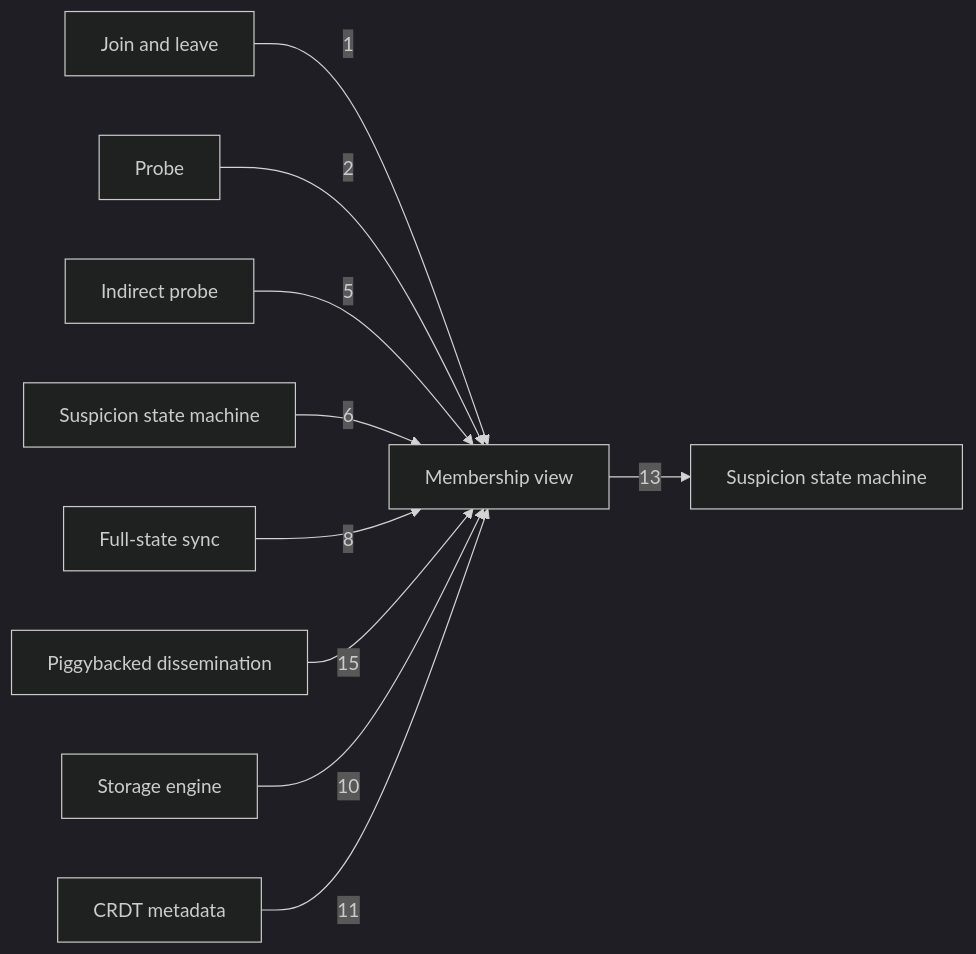
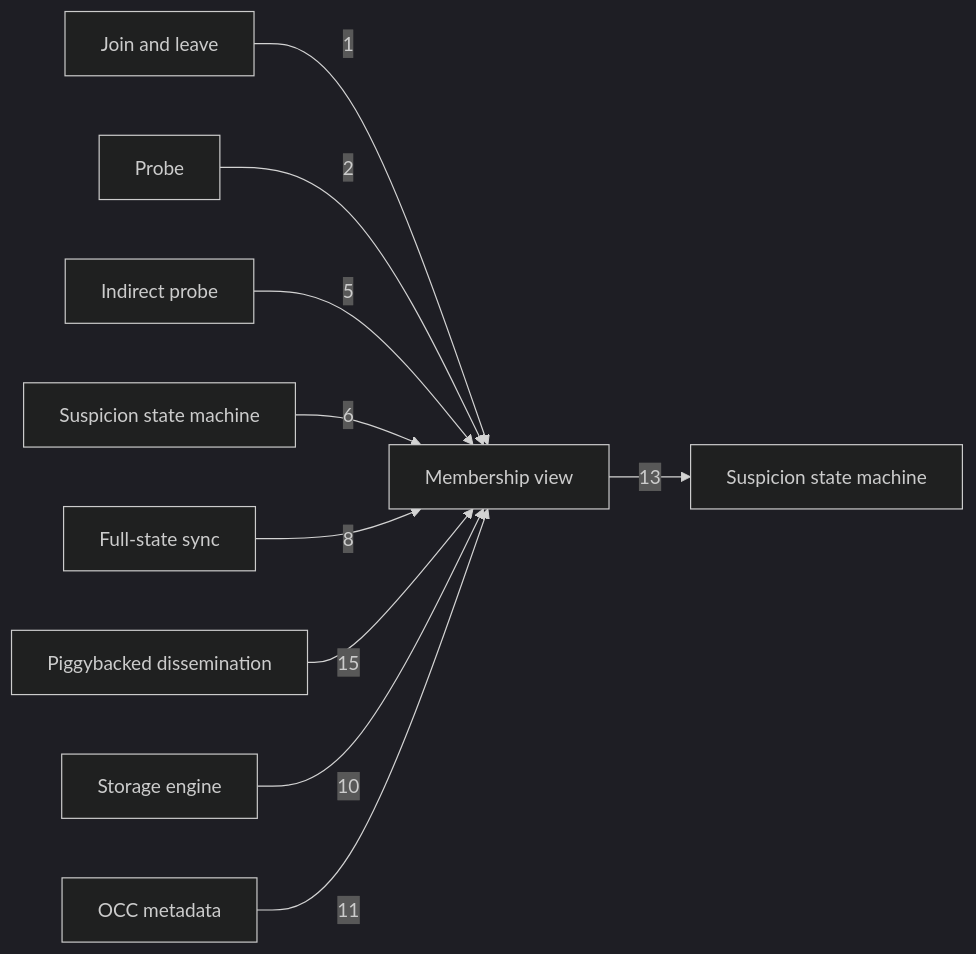
One commit to nickstrad/decentralized-object-store changed the diagram in docs/c4/diagrams/04-component-gossip-a.mmd. Above: the diagram before and after it, drawn with Mermaid (dark theme). The commit also changed 26 other files, not shown here.

```diff
--- a/docs/c4/diagrams/04-component-gossip-a.mmd
+++ b/docs/c4/diagrams/04-component-gossip-a.mmd
@@ -1,11 +1,11 @@
 %% draw-visual: -x 4 -y 1 -p 0
 graph LR
   JOIN[Join and leave] -->|1| VIEW[Membership view]
   PROBE[Probe] -->|2| VIEW
   INDIRECT[Indirect probe] -->|5| VIEW
   SUSP[Suspicion state machine] -->|6| VIEW
   FSYNC[Full-state sync] -->|8| VIEW
   DISSEM[Piggybacked dissemination] -->|15| VIEW
   STORAGE[Storage engine] -->|10| VIEW
-  CRDT[CRDT metadata] -->|11| VIEW
+  OCC[OCC metadata] -->|11| VIEW
   VIEW -->|13| SUSP2[Suspicion state machine]
```
